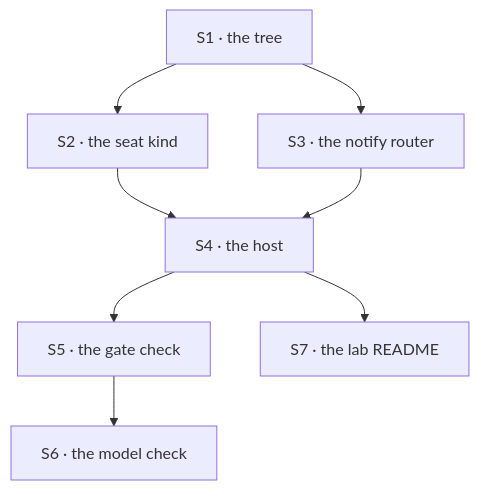
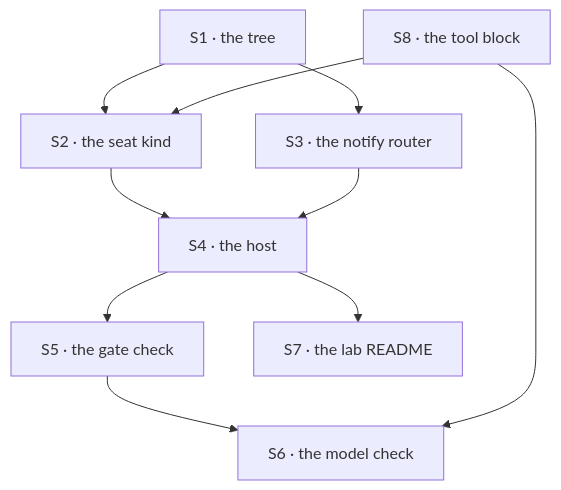
One commit to fixpoint-labs/flow-state-dev changed the diagram in spec/FIX-1355/PLAN.md. Above: the diagram before and after it, drawn with Mermaid. The commit also changed other lines of this file and 4 other files, not shown here.

````diff
--- a/spec/FIX-1355/PLAN.md
+++ b/spec/FIX-1355/PLAN.md
@@ -23,10 +24,12 @@
 ```mermaid
 flowchart TD
   S1["S1 · the tree"] --> S2["S2 · the seat kind"]
+  S8["S8 · the tool block"] --> S2
   S1 --> S3["S3 · the notify router"]
   S2 --> S4["S4 · the host"]
   S3 --> S4
   S4 --> S5["S5 · the gate check"]
   S5 --> S6["S6 · the model check"]
+  S8 --> S6
   S4 --> S7["S7 · the lab README"]
 ```
````
